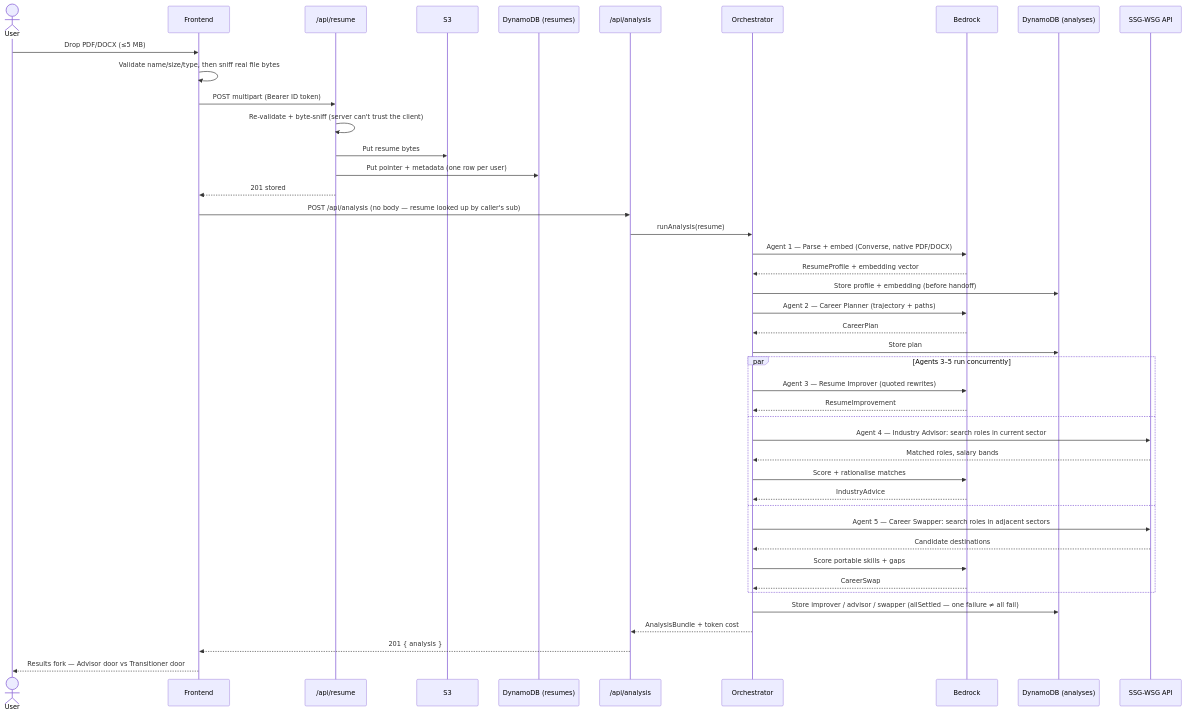
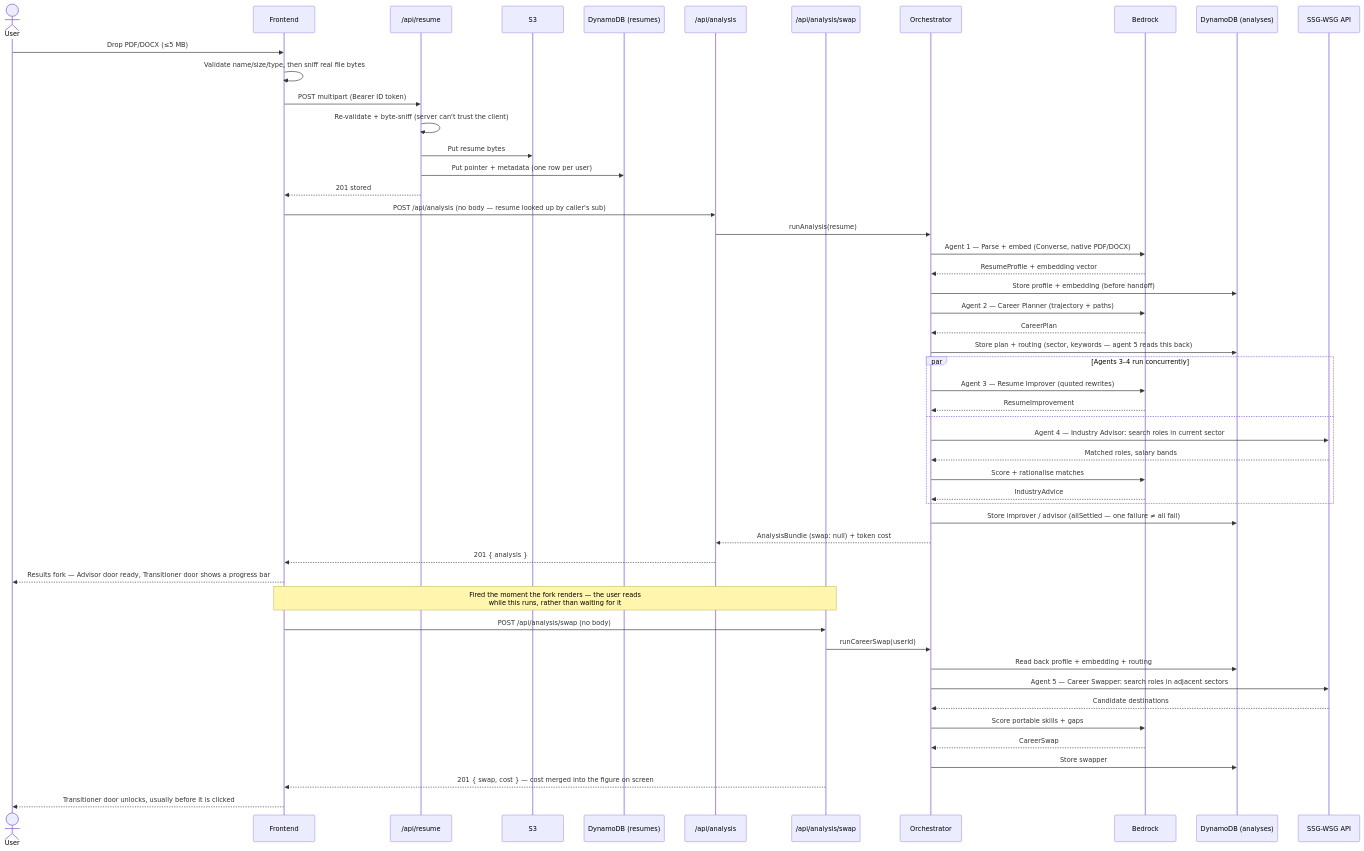
One commit to oreoolis/meong-MyWay changed the third of 4 diagrams in README.md. Above: the diagram before and after it, drawn with Mermaid. The commit also changed other lines of this file and 36 other files, not shown here.

````diff
--- a/README.md
+++ b/README.md
@@ -187,52 +193,61 @@
 ```mermaid
 sequenceDiagram
     actor User
     participant FE as Frontend
     participant ResumeAPI as /api/resume
     participant S3
     participant DDB_R as DynamoDB (resumes)
     participant AnalysisAPI as /api/analysis
+    participant SwapAPI as /api/analysis/swap
     participant Orc as Orchestrator
     participant Bedrock
     participant DDB_A as DynamoDB (analyses)
     participant SSG as SSG-WSG API
 
     User->>FE: Drop PDF/DOCX (≤5 MB)
     FE->>FE: Validate name/size/type, then sniff real file bytes
     FE->>ResumeAPI: POST multipart (Bearer ID token)
     ResumeAPI->>ResumeAPI: Re-validate + byte-sniff (server can't trust the client)
     ResumeAPI->>S3: Put resume bytes
     ResumeAPI->>DDB_R: Put pointer + metadata (one row per user)
     ResumeAPI-->>FE: 201 stored
 
     FE->>AnalysisAPI: POST /api/analysis (no body — resume looked up by caller's sub)
     AnalysisAPI->>Orc: runAnalysis(resume)
 
     Orc->>Bedrock: Agent 1 — Parse + embed (Converse, native PDF/DOCX)
     Bedrock-->>Orc: ResumeProfile + embedding vector
     Orc->>DDB_A: Store profile + embedding (before handoff)
 
     Orc->>Bedrock: Agent 2 — Career Planner (trajectory + paths)
     Bedrock-->>Orc: CareerPlan
-    Orc->>DDB_A: Store plan
+    Orc->>DDB_A: Store plan + routing (sector, keywords — agent 5 reads this back)
 
-    par Agents 3–5 run concurrently
+    par Agents 3–4 run concurrently
         Orc->>Bedrock: Agent 3 — Resume Improver (quoted rewrites)
         Bedrock-->>Orc: ResumeImprovement
     and
         Orc->>SSG: Agent 4 — Industry Advisor: search roles in current sector
         SSG-->>Orc: Matched roles, salary bands
         Orc->>Bedrock: Score + rationalise matches
         Bedrock-->>Orc: IndustryAdvice
-    and
-        Orc->>SSG: Agent 5 — Career Swapper: search roles in adjacent sectors
-        SSG-->>Orc: Candidate destinations
-        Orc->>Bedrock: Score portable skills + gaps
-        Bedrock-->>Orc: CareerSwap
     end
 
-    Orc->>DDB_A: Store improver / advisor / swapper (allSettled — one failure ≠ all fail)
-    Orc-->>AnalysisAPI: AnalysisBundle + token cost
+    Orc->>DDB_A: Store improver / advisor (allSettled — one failure ≠ all fail)
+    Orc-->>AnalysisAPI: AnalysisBundle (swap: null) + token cost
     AnalysisAPI-->>FE: 201 { analysis }
-    FE-->>User: Results fork — Advisor door vs Transitioner door
+    FE-->>User: Results fork — Advisor door ready, Transitioner door shows a progress bar
+
+    Note over FE,SwapAPI: Fired the moment the fork renders — the user reads<br/>while this runs, rather than waiting for it
+
+    FE->>SwapAPI: POST /api/analysis/swap (no body)
+    SwapAPI->>Orc: runCareerSwap(userId)
+    Orc->>DDB_A: Read back profile + embedding + routing
+    Orc->>SSG: Agent 5 — Career Swapper: search roles in adjacent sectors
+    SSG-->>Orc: Candidate destinations
+    Orc->>Bedrock: Score portable skills + gaps
+    Bedrock-->>Orc: CareerSwap
+    Orc->>DDB_A: Store swapper
+    SwapAPI-->>FE: 201 { swap, cost } — cost merged into the figure on screen
+    FE-->>User: Transitioner door unlocks, usually before it is clicked
 ```
````
